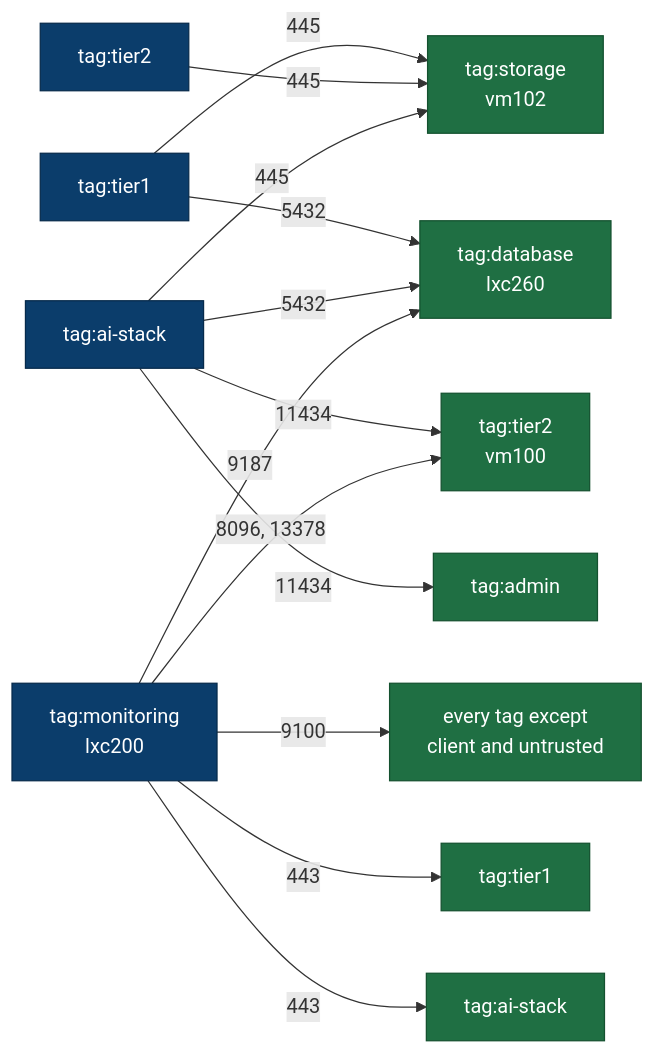
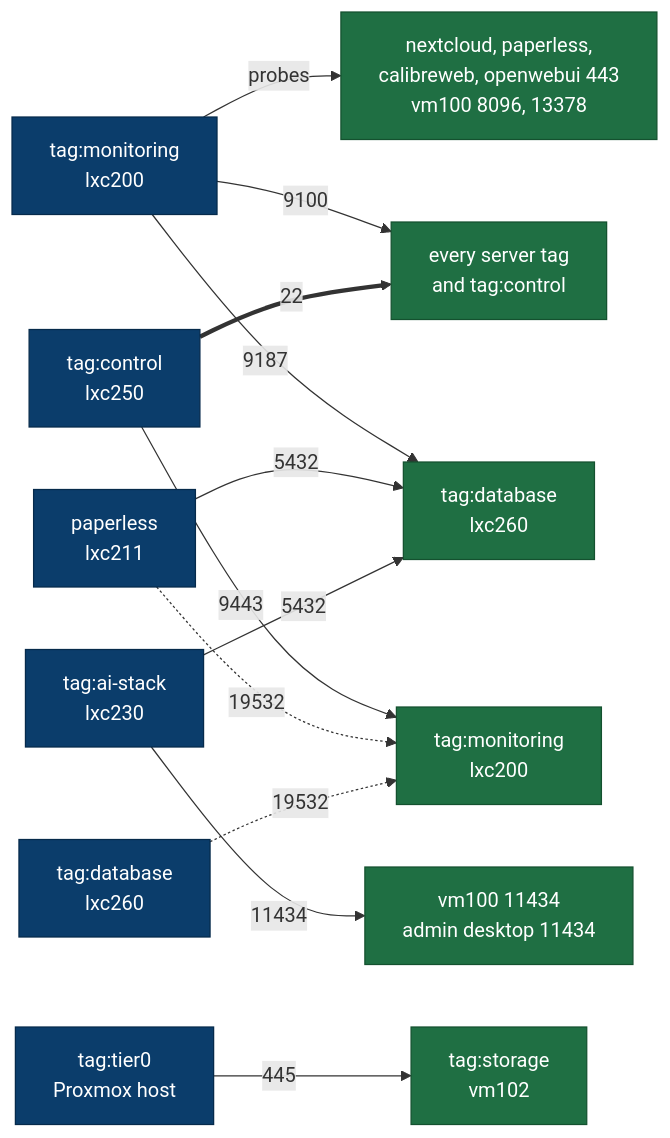
The second of 4 diagrams in docs/architecture/diagram.md (sohanreddyk/homelab-server-architecture), drawn with Mermaid before and after one commit. The commit also changed other lines of this file and 23 other files, not shown here.

````diff
--- a/docs/architecture/diagram.md
+++ b/docs/architecture/diagram.md
@@ -81,37 +87,36 @@
 ```mermaid
 flowchart LR
-  accTitle: Tailscale ACL - service-to-service and monitoring rules
-  accDescr: Service tags and the monitoring tag on the left with the ports they may reach on storage, database, media and operator tags.
+  accTitle: Tailscale ACL - service-to-service, control and monitoring rules
+  accDescr: The monitoring node, the control node, the hypervisor, Paperless and the AI stack on the left, with the ports they may reach.
 
-  T1_S["tag:tier1"]
-  T2_S["tag:tier2"]
-  AI_S["tag:ai-stack"]
   MON_S["tag:monitoring<br/>lxc200"]
+  CTL_S["tag:control<br/>lxc250"]
+  T0_S["tag:tier0<br/>Proxmox host"]
+  PL_S["paperless<br/>lxc211"]
+  DB_S["tag:database<br/>lxc260"]
+  AI_S["tag:ai-stack<br/>lxc230"]
 
+  SERVERS["every server tag<br/>and tag:control"]
+  PROBES["nextcloud, paperless,<br/>calibreweb, openwebui 443<br/>vm100 8096, 13378"]
   ST_D["tag:storage<br/>vm102"]
   DB_D["tag:database<br/>lxc260"]
-  T2_D["tag:tier2<br/>vm100"]
-  ADMIN_D["tag:admin"]
-  T1_D["tag:tier1"]
-  AI_D["tag:ai-stack"]
-  EVERY["every tag except<br/>client and untrusted"]
+  MON_D["tag:monitoring<br/>lxc200"]
+  OLL["vm100 11434<br/>admin desktop 11434"]
 
-  T1_S -->|"445"| ST_D
-  T1_S -->|"5432"| DB_D
-  T2_S -->|"445"| ST_D
-  AI_S -->|"445"| ST_D
+  MON_S -->|"9100"| SERVERS
+  MON_S -->|"9187"| DB_D
+  MON_S -->|"probes"| PROBES
+  CTL_S ==>|"22"| SERVERS
+  CTL_S -->|"9443"| MON_D
+  T0_S -->|"445"| ST_D
+  PL_S -->|"5432"| DB_D
+  PL_S -.->|"19532"| MON_D
+  DB_S -.->|"19532"| MON_D
   AI_S -->|"5432"| DB_D
-  AI_S -->|"11434"| T2_D
-  AI_S -->|"11434"| ADMIN_D
-
-  MON_S -->|"9100"| EVERY
-  MON_S -->|"9187"| DB_D
-  MON_S -->|"443"| T1_D
-  MON_S -->|"443"| AI_D
-  MON_S -->|"8096, 13378"| T2_D
+  AI_S -->|"11434"| OLL
 
   classDef src fill:#0b3d6b,stroke:#062a4b,color:#ffffff
   classDef dst fill:#1f6f43,stroke:#14512f,color:#ffffff
-  class T1_S,T2_S,AI_S,MON_S src
-  class ST_D,DB_D,T2_D,ADMIN_D,T1_D,AI_D,EVERY dst
+  class MON_S,CTL_S,T0_S,PL_S,DB_S,AI_S src
+  class SERVERS,PROBES,ST_D,DB_D,MON_D,OLL dst
 ```
````
